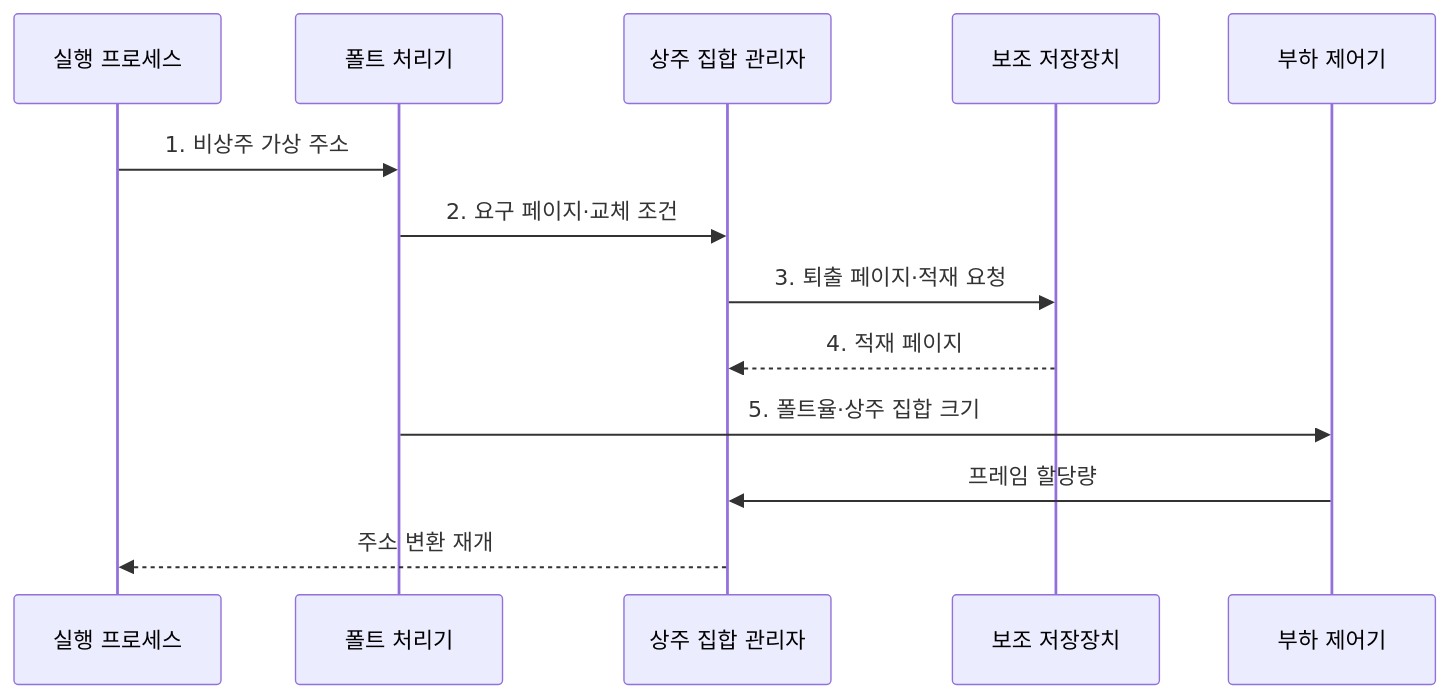
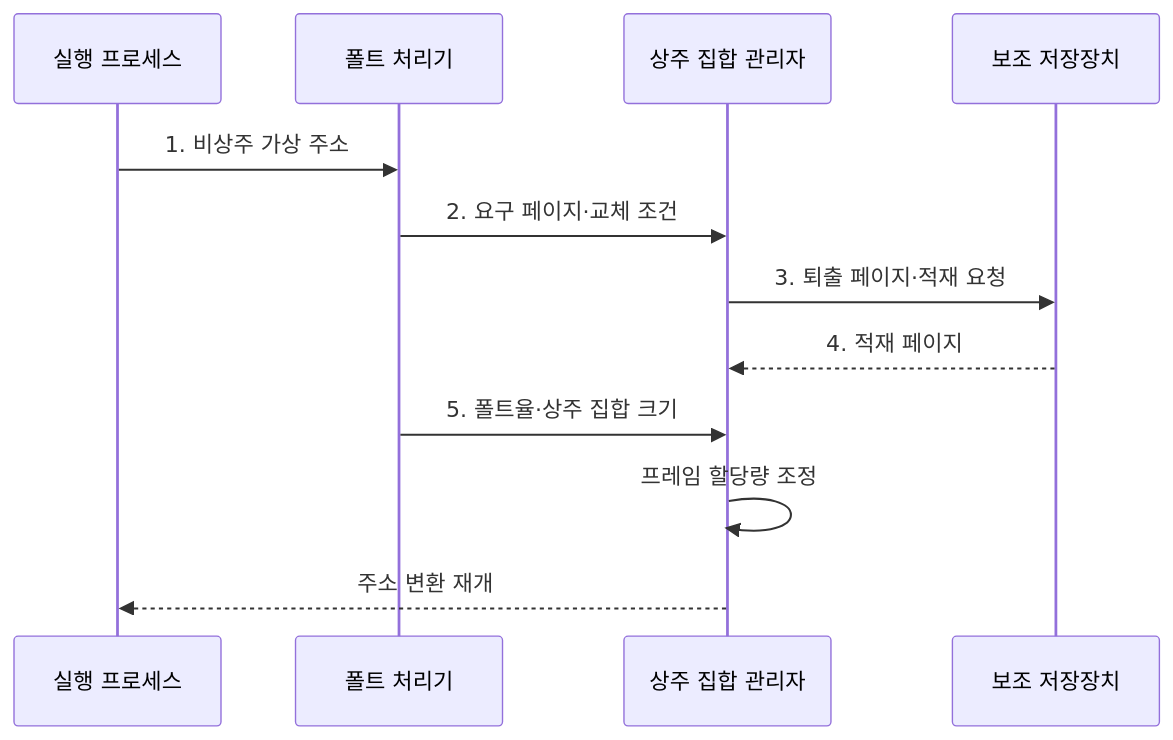
Before and after one commit to agnusdei1207/knowledge-base: the third of 3 diagrams in src/content/docs/notes/03-software/014_virtual_memory_thrashing.md, drawn with Mermaid. The commit also changed 8 other files, not shown here.

Commit message:
Focus software system diagrams

````diff
--- a/src/content/docs/notes/03-software/014_virtual_memory_thrashing.md
+++ b/src/content/docs/notes/03-software/014_virtual_memory_thrashing.md
@@ -114,15 +114,14 @@
 ```mermaid
 sequenceDiagram
     participant P as 실행 프로세스
     participant F as 폴트 처리기
     participant R as 상주 집합 관리자
     participant D as 보조 저장장치
-    participant L as 부하 제어기
     P->>F: 1. 비상주 가상 주소
     F->>R: 2. 요구 페이지·교체 조건
     R->>D: 3. 퇴출 페이지·적재 요청
     D-->>R: 4. 적재 페이지
-    F->>L: 5. 폴트율·상주 집합 크기
-    L->>R: 프레임 할당량
+    F->>R: 5. 폴트율·상주 집합 크기
+    R->>R: 프레임 할당량 조정
     R-->>P: 주소 변환 재개
 ```
````
